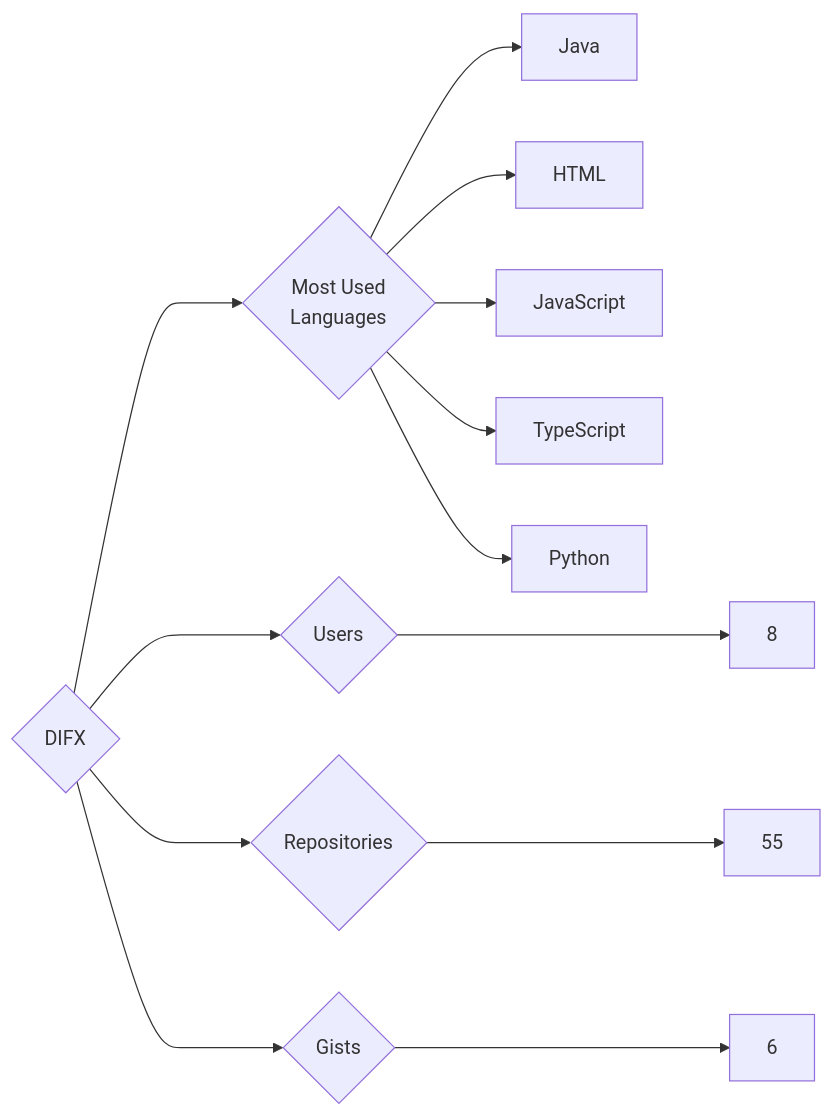
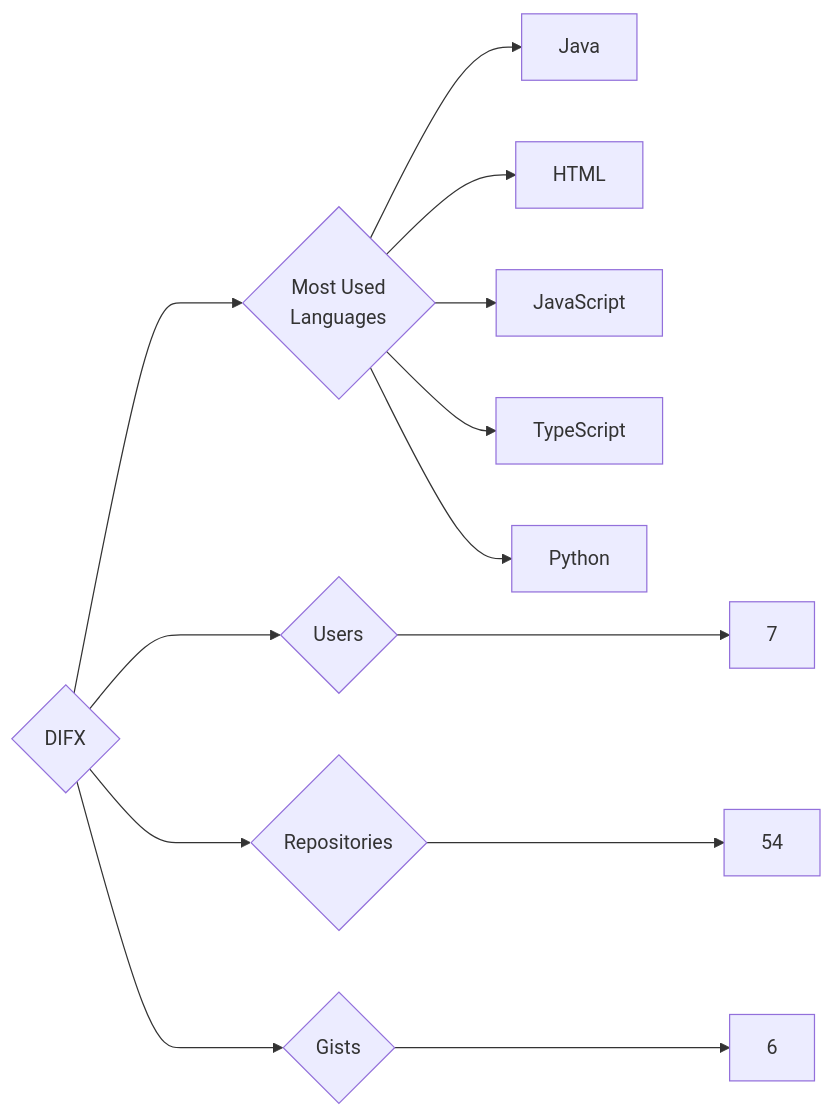
One commit to trickest/insiders changed the diagram in targets/DIFX/README.md. Above: the diagram before and after it, drawn with Mermaid. The commit also changed 783 other files, not shown here.

````diff
--- a/targets/DIFX/README.md
+++ b/targets/DIFX/README.md
@@ -3,13 +3,13 @@
 ```mermaid
 graph LR
 COMPANY_NAME{DIFX}
-COMPANY_NAME ---> U{Users} ---> UN[8]
-COMPANY_NAME ---> R{Repositories} ---> RN[55]
+COMPANY_NAME ---> U{Users} ---> UN[7]
+COMPANY_NAME ---> R{Repositories} ---> RN[54]
 COMPANY_NAME ---> G{Gists} ---> GN[6]
 COMPANY_NAME ---> ML{Most Used<br>Languages}
 ML --> Java[Java]
 ML --> HTML[HTML]
 ML --> JavaScript[JavaScript]
 ML --> TypeScript[TypeScript]
 ML --> Python[Python]
 ```
````
